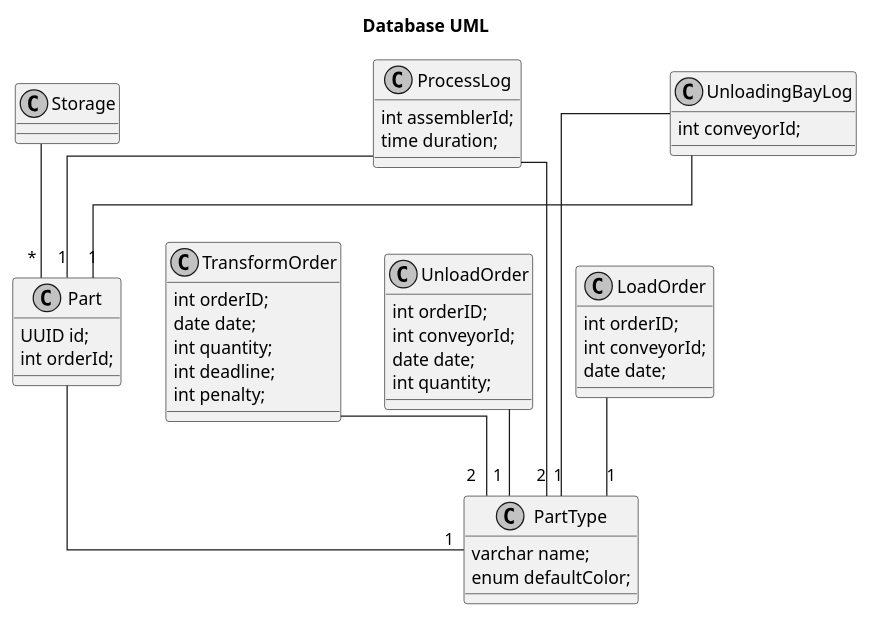
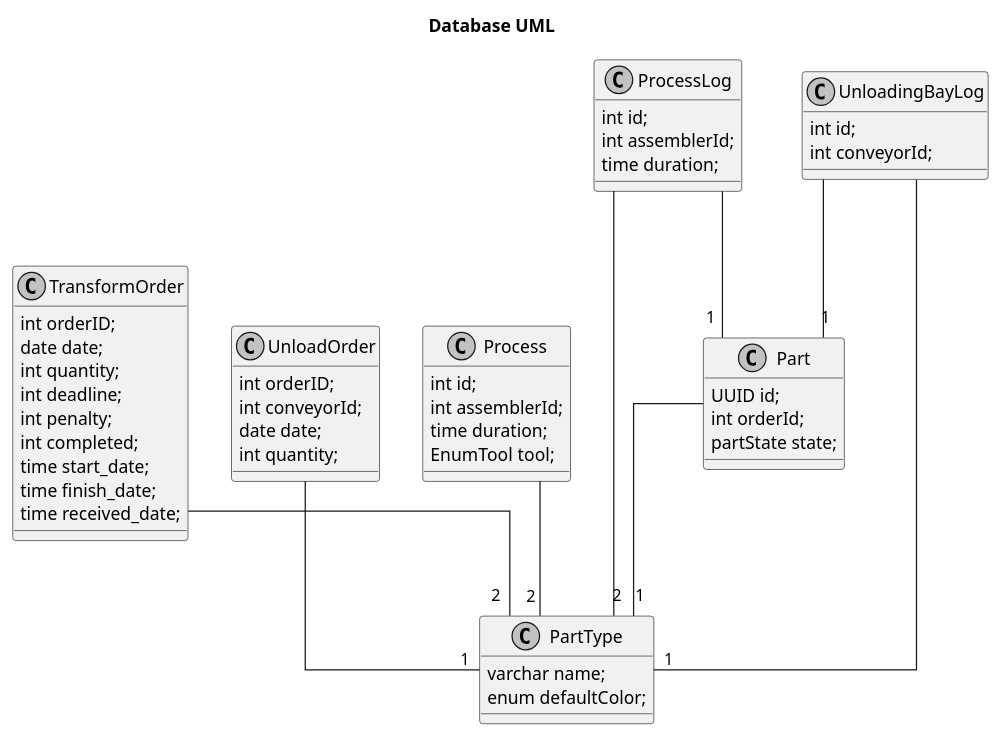
The diagram in docs/classes_uml/db.puml (avrocha/plant-floor-control), drawn with PlantUML before and after one commit. The commit also changed 7 other files, not shown here.

Commit message:
feature/uml-update: changed class diagram of db, low-level and MES to the final version

```diff
--- a/docs/classes_uml/db.puml
+++ b/docs/classes_uml/db.puml
@@ -1,67 +1,70 @@
 @startuml
 skinparam linetype ortho
 skinparam Monochrome true
 
 title Database UML
 
-class Storage{
-    
-}
-
-Storage --"*" Part
 
 class Part{
 	UUID id;
   int orderId;
+  partState state;
 }
 
 Part --"1" PartType
 
 class PartType {
   varchar name;
   enum defaultColor;
 }
 
 class TransformOrder{
   int orderID;
   date date;
   int quantity;
   int deadline;
   int penalty;
+  int completed;
+  time start_date;
+  time finish_date;
+  time received_date;
 }
 
 TransformOrder --"2" PartType
 
 class UnloadOrder{
   int orderID;
 	int conveyorId;
   date date;
   int quantity;
 }
 
 UnloadOrder --"1" PartType
 
-class LoadOrder{
-  int orderID;
-	int conveyorId;
-  date date;
+class Process{
+  int id;
+  int assemblerId;
+	time duration;
+  EnumTool tool;
 }
 
-LoadOrder --"1" PartType
+Process --"2" PartType
 
 class ProcessLog{
+  int id;
 	int assemblerId;
 	time duration;
 }
 
 ProcessLog --"1" Part
 ProcessLog --"2" PartType
 
 class UnloadingBayLog{
+  int id;
 	int conveyorId;
 }
 
 UnloadingBayLog --"1" Part
 UnloadingBayLog --"1" PartType
 
 @enduml
```
